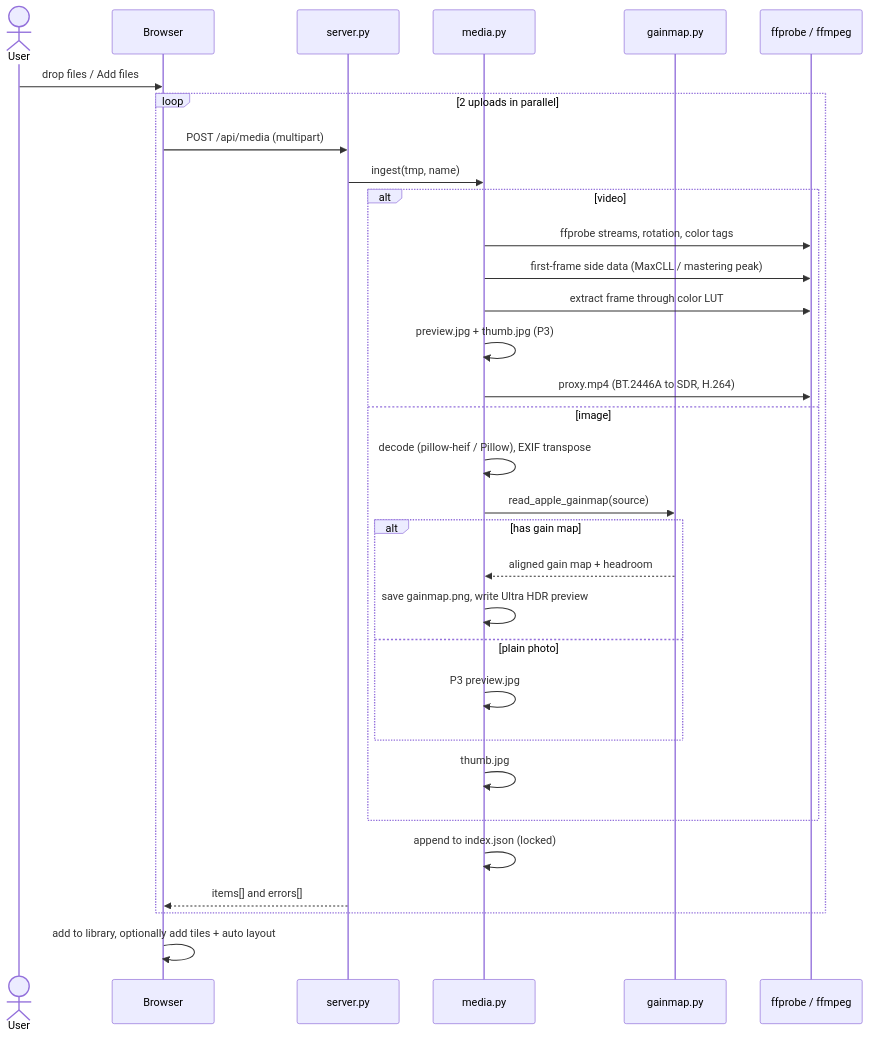
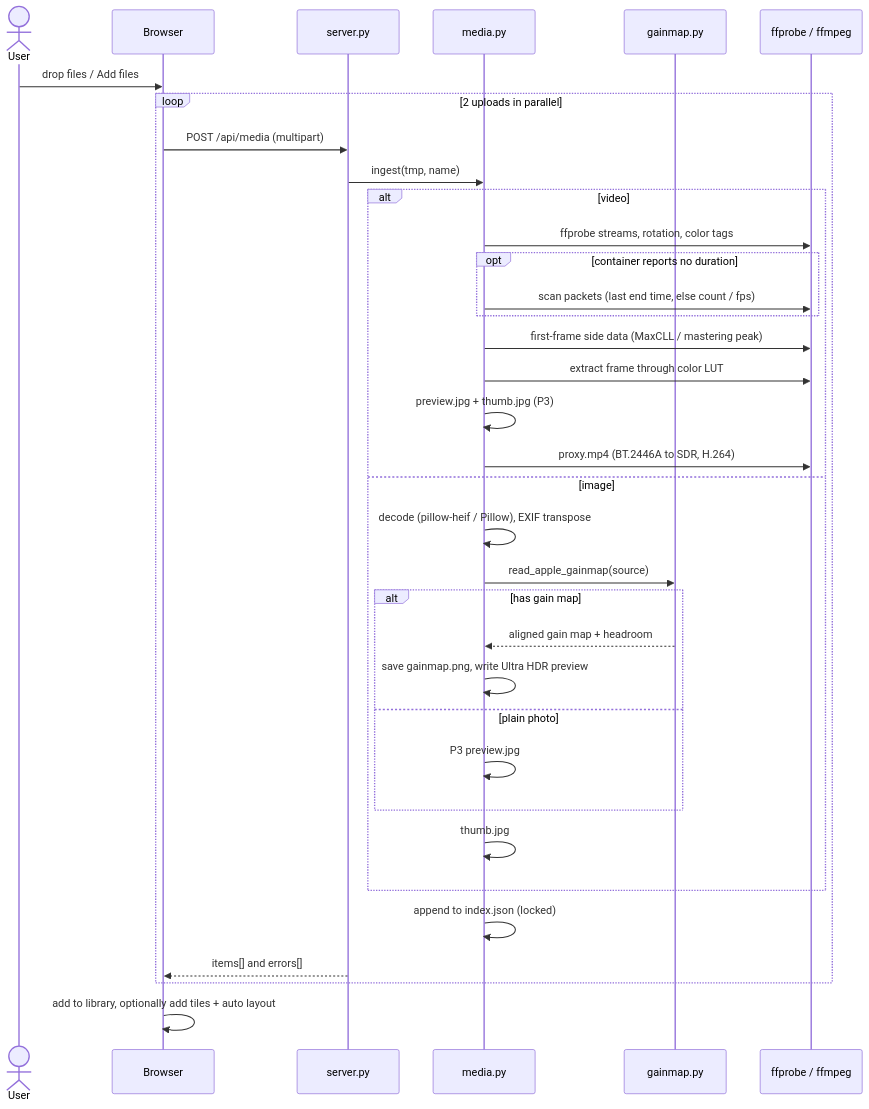
One commit to AdityaSeth777/Tessera changed the seventh of 30 diagrams in README.md. Above: the diagram before and after it, drawn with Mermaid. The commit also changed other lines of this file, not shown here.

````diff
--- a/README.md
+++ b/README.md
@@ -311,34 +312,37 @@
 ```mermaid
 sequenceDiagram
     actor U as User
     participant B as Browser
     participant S as server.py
     participant M as media.py
     participant G as gainmap.py
     participant FF as ffprobe / ffmpeg
     U->>B: drop files / Add files
     loop 2 uploads in parallel
         B->>S: POST /api/media (multipart)
         S->>M: ingest(tmp, name)
         alt video
             M->>FF: ffprobe streams, rotation, color tags
+            opt container reports no duration
+                M->>FF: scan packets (last end time, else count / fps)
+            end
             M->>FF: first-frame side data (MaxCLL / mastering peak)
             M->>FF: extract frame through color LUT
             M->>M: preview.jpg + thumb.jpg (P3)
             M->>FF: proxy.mp4 (BT.2446A to SDR, H.264)
         else image
             M->>M: decode (pillow-heif / Pillow), EXIF transpose
             M->>G: read_apple_gainmap(source)
             alt has gain map
                 G-->>M: aligned gain map + headroom
                 M->>M: save gainmap.png, write Ultra HDR preview
             else plain photo
                 M->>M: P3 preview.jpg
             end
             M->>M: thumb.jpg
         end
         M->>M: append to index.json (locked)
         S-->>B: items[] and errors[]
     end
     B->>B: add to library, optionally add tiles + auto layout
 ```
````
